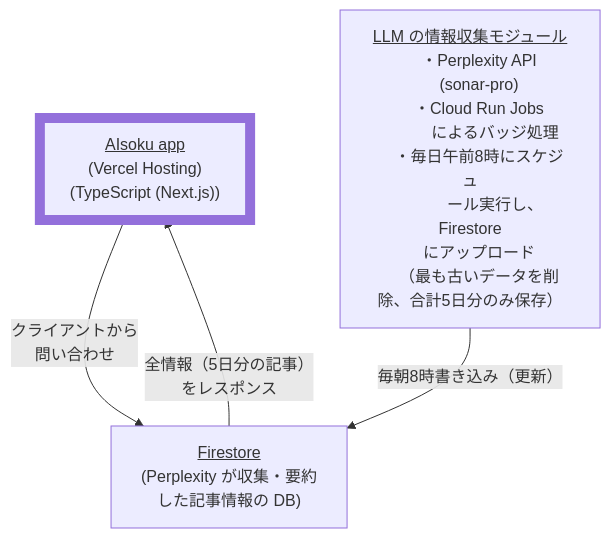
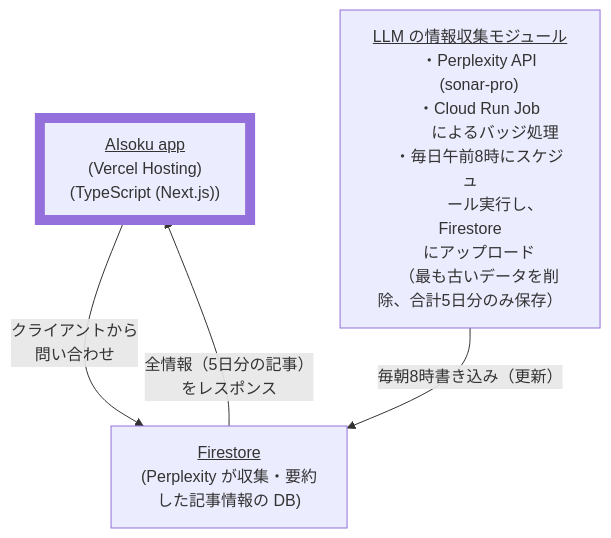
Before and after one commit to hakuhami/AIsoku: the diagram in README.md, drawn with Mermaid.

````diff
--- a/README.md
+++ b/README.md
@@ -12,28 +12,28 @@
 ```mermaid
 flowchart TD
     A["<u>AIsoku app</u>
     (Vercel Hosting)
     (TypeScript (Next.js))"]:::thick
     
     B["<u>Firestore</u>
     (Perplexity が収集・要約
     した記事情報の DB)"]
 
     C["<u>LLM の情報収集モジュール</u>
     ・Perplexity API
     (sonar-pro)
-    ・Cloud Run Jobs
+    ・Cloud Run Job
     　　によるバッジ処理
     ・毎日午前8時にスケジュ
     　　ール実行し、Firestore
     にアップロード
     （最も古いデータを削除、合計5日分のみ保存）"]
 
     A -->|"クライアントから
     問い合わせ"| B
     C -->|"毎朝8時書き込み（更新）"| B
     B -->|"全情報（5日分の記事）
     をレスポンス"|A
 
     classDef thick stroke-width:10px
 ```
````
